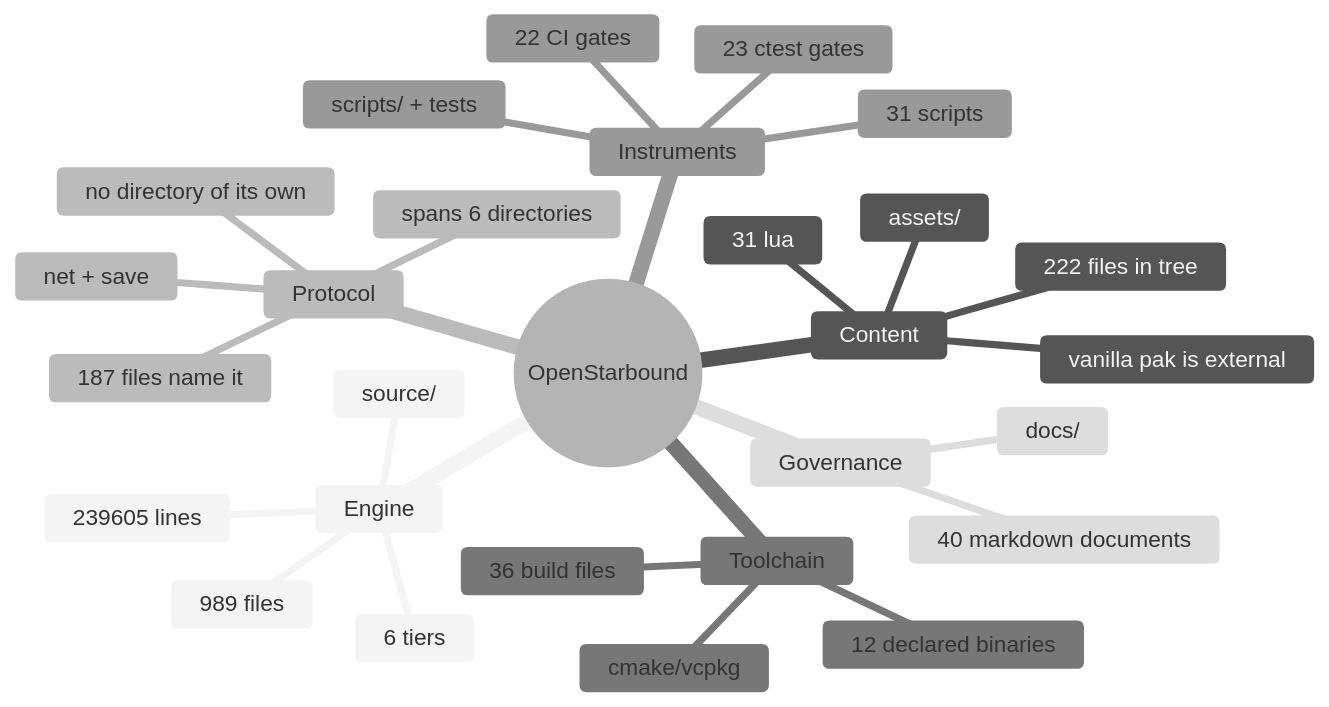
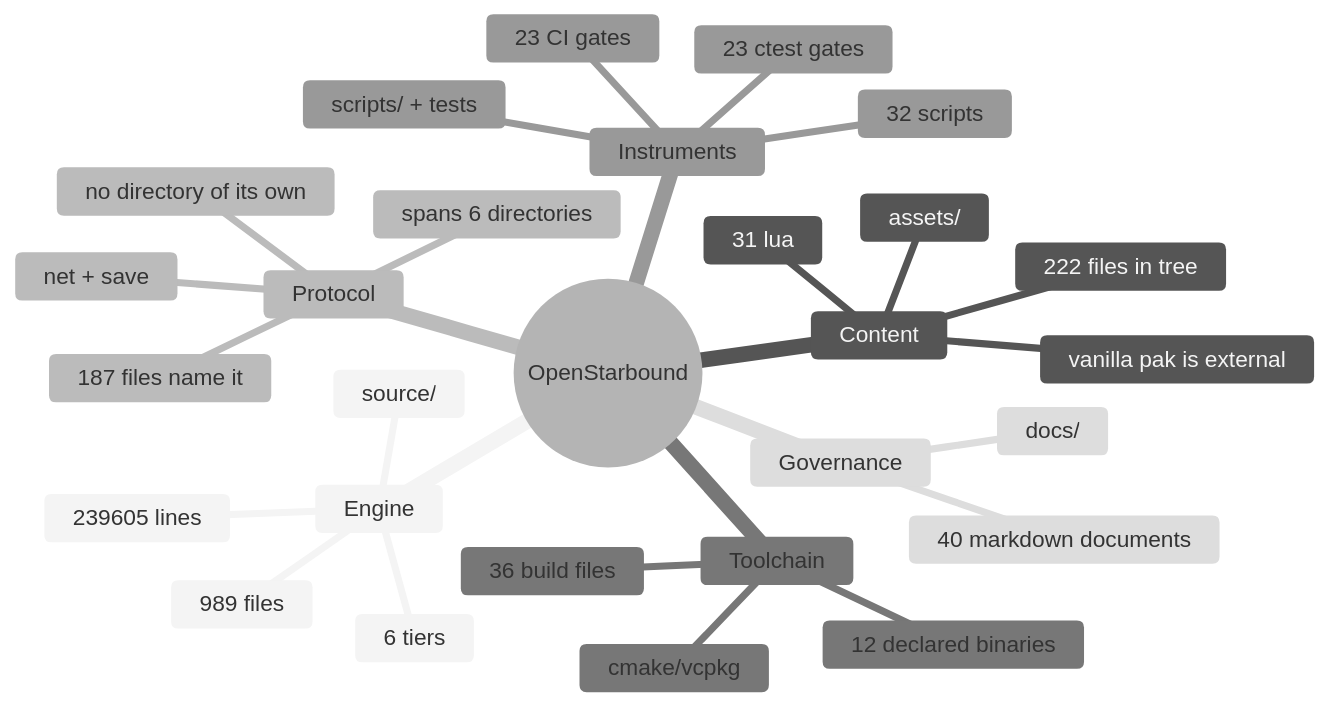
One commit to apnex/OpenStarbound changed the second of 11 diagrams in docs/architecture/system-boundaries.md. Above: the diagram before and after it, drawn with Mermaid (neutral theme). The commit also changed 4 other files, not shown here.

````diff
--- a/docs/architecture/system-boundaries.md
+++ b/docs/architecture/system-boundaries.md
@@ -166,31 +166,31 @@
 ```mermaid
 mindmap
   root((OpenStarbound))
     Engine
       source/
       989 files
       239605 lines
       6 tiers
     Content
       assets/
       222 files in tree
       31 lua
       vanilla pak is external
     Protocol
       net + save
       187 files name it
       spans 6 directories
       no directory of its own
     Toolchain
       cmake/vcpkg
       36 build files
       12 declared binaries
     Instruments
       scripts/ + tests
-      31 scripts
+      32 scripts
       23 ctest gates
-      22 CI gates
+      23 CI gates
     Governance
       docs/
       40 markdown documents
 ```
````
